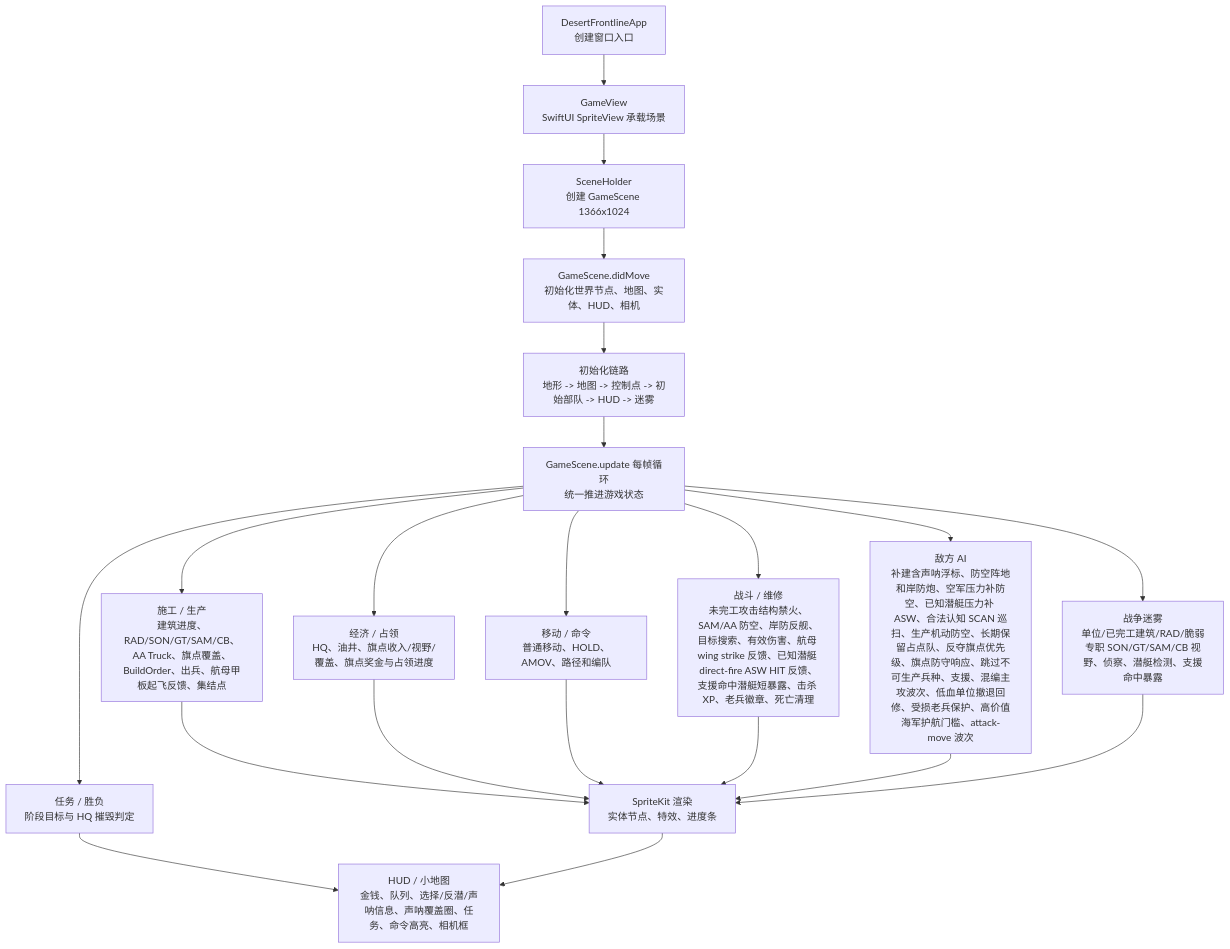
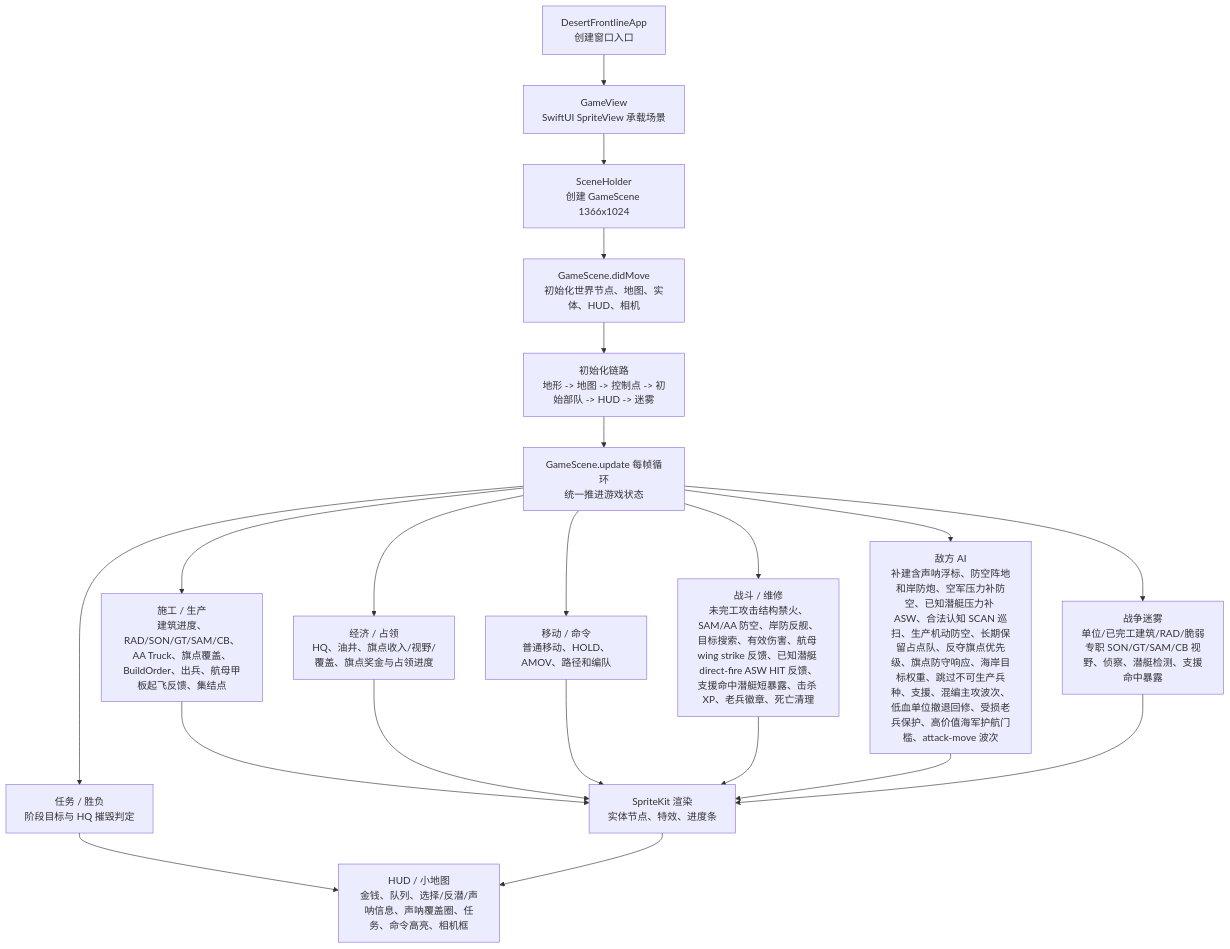
The first of 3 diagrams in md/flow/flowchart.md (Altman-sam114/1145), drawn with Mermaid before and after one commit. The commit also changed 4 other files, not shown here.

````diff
--- a/md/flow/flowchart.md
+++ b/md/flow/flowchart.md
@@ -9,23 +9,23 @@
 ```mermaid
 flowchart TD
   App["DesertFrontlineApp\n创建窗口入口"] --> View["GameView\nSwiftUI SpriteView 承载场景"]
   View --> Holder["SceneHolder\n创建 GameScene 1366x1024"]
   Holder --> Scene["GameScene.didMove\n初始化世界节点、地图、实体、HUD、相机"]
   Scene --> Init["初始化链路\n地形 -> 地图 -> 控制点 -> 初始部队 -> HUD -> 迷雾"]
   Init --> Loop["GameScene.update 每帧循环\n统一推进游戏状态"]
   Loop --> Build["施工 / 生产\n建筑进度、RAD/SON/GT/SAM/CB、AA Truck、旗点覆盖、BuildOrder、出兵、航母甲板起飞反馈、集结点"]
   Loop --> Economy["经济 / 占领\nHQ、油井、旗点收入/视野/覆盖、旗点奖金与占领进度"]
   Loop --> Commands["移动 / 命令\n普通移动、HOLD、AMOV、路径和编队"]
   Loop --> Combat["战斗 / 维修\n未完工攻击结构禁火、SAM/AA 防空、岸防反舰、目标搜索、有效伤害、航母 wing strike 反馈、已知潜艇 direct-fire ASW HIT 反馈、支援命中潜艇短暴露、击杀 XP、老兵徽章、死亡清理"]
-  Loop --> AI["敌方 AI\n补建含声呐浮标、防空阵地和岸防炮、空军压力补防空、已知潜艇压力补 ASW、合法认知 SCAN 巡扫、生产机动防空、长期保留占点队、反夺旗点优先级、旗点防守响应、跳过不可生产兵种、支援、混编主攻波次、低血单位撤退回修、受损老兵保护、高价值海军护航门槛、attack-move 波次"]
+  Loop --> AI["敌方 AI\n补建含声呐浮标、防空阵地和岸防炮、空军压力补防空、已知潜艇压力补 ASW、合法认知 SCAN 巡扫、生产机动防空、长期保留占点队、反夺旗点优先级、旗点防守响应、海岸目标权重、跳过不可生产兵种、支援、混编主攻波次、低血单位撤退回修、受损老兵保护、高价值海军护航门槛、attack-move 波次"]
   Loop --> Fog["战争迷雾\n单位/已完工建筑/RAD/脆弱专职 SON/GT/SAM/CB 视野、侦察、潜艇检测、支援命中暴露"]
   Loop --> Mission["任务 / 胜负\n阶段目标与 HQ 摧毁判定"]
   Build --> Render["SpriteKit 渲染\n实体节点、特效、进度条"]
   Economy --> Render
   Commands --> Render
   Combat --> Render
   AI --> Render
   Fog --> Render
   Mission --> HUD["HUD / 小地图\n金钱、队列、选择/反潜/声呐信息、声呐覆盖圈、任务、命令高亮、相机框"]
   Render --> HUD
 ```
````
